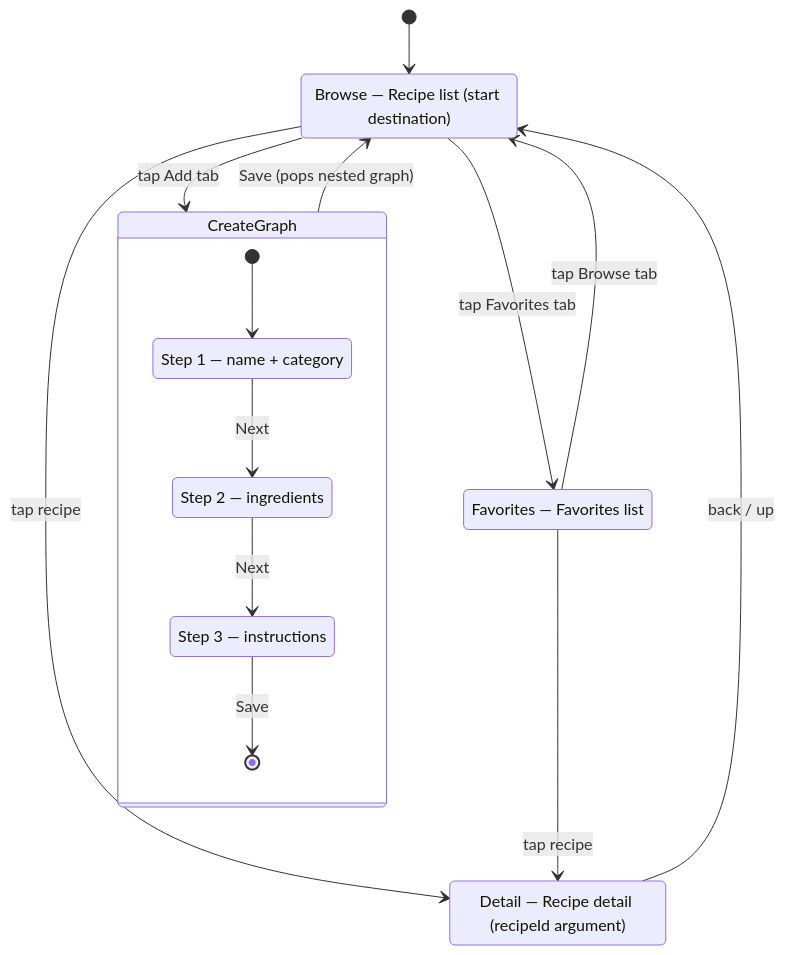
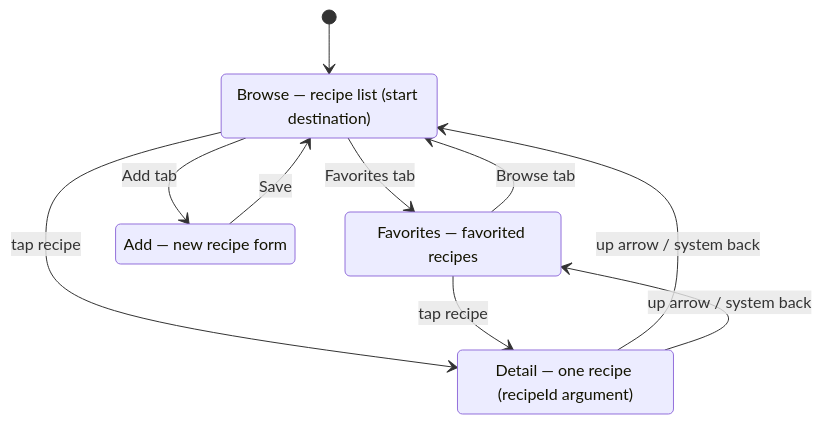
The second of 2 diagrams in README.md (sersergious/recipe-diary), drawn with Mermaid before and after one commit. The commit also changed other lines of this file and 41 other files, not shown here.

Commit message:
upd: architecture simplification for a prototype

````diff
--- a/README.md
+++ b/README.md
@@ -129,26 +109,18 @@
 ```mermaid
 stateDiagram-v2
     [*] --> Browse
 
-    Browse : Browse — Recipe list (start destination)
-    Favorites : Favorites — Favorites list
-    Detail : Detail — Recipe detail (recipeId argument)
+    Browse : Browse — recipe list (start destination)
+    Favorites : Favorites — favorited recipes
+    Add : Add — new recipe form
+    Detail : Detail — one recipe (recipeId argument)
 
-    state CreateGraph {
-        [*] --> CreateDetails
-        CreateDetails : Step 1 — name + category
-        CreateIngredients : Step 2 — ingredients
-        CreateSteps : Step 3 — instructions
-        CreateDetails --> CreateIngredients : Next
-        CreateIngredients --> CreateSteps : Next
-        CreateSteps --> [*] : Save
-    }
-
+    Browse --> Add : Add tab
+    Browse --> Favorites : Favorites tab
+    Favorites --> Browse : Browse tab
     Browse --> Detail : tap recipe
-    Browse --> CreateGraph : tap Add tab
-    Browse --> Favorites : tap Favorites tab
     Favorites --> Detail : tap recipe
-    Favorites --> Browse : tap Browse tab
-    Detail --> Browse : back / up
-    CreateGraph --> Browse : Save (pops nested graph)
+    Detail --> Browse : up arrow / system back
+    Detail --> Favorites : up arrow / system back
+    Add --> Browse : Save
 ```
````
